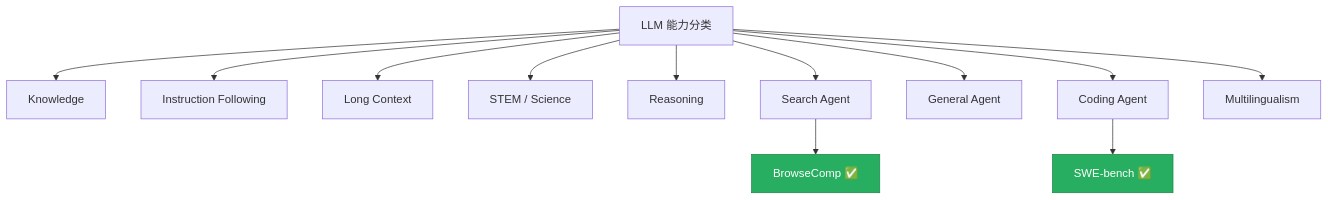
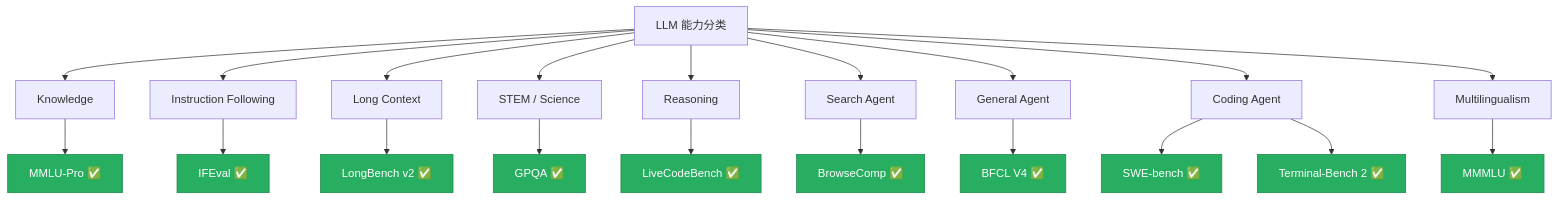
One commit to BobDLA/llm-benchmark-field-guide changed the diagram in docs/zh/index.md. Above: the diagram before and after it, drawn with Mermaid. The commit also changed other lines of this file and 12 other files, not shown here.

````diff
--- a/docs/zh/index.md
+++ b/docs/zh/index.md
@@ -50,18 +72,34 @@
 ```mermaid
 flowchart TD
     ROOT["LLM 能力分类"] --> K["Knowledge"]
     ROOT --> IF["Instruction Following"]
     ROOT --> LC["Long Context"]
     ROOT --> STEM["STEM / Science"]
     ROOT --> R["Reasoning"]
     ROOT --> SA["Search Agent"]
     ROOT --> GA["General Agent"]
     ROOT --> CA["Coding Agent"]
     ROOT --> ML["Multilingualism"]
 
+    K --> K1["MMLU-Pro ✅"]
+    IF --> IF1["IFEval ✅"]
+    LC --> LC1["LongBench v2 ✅"]
+    STEM --> STEM1["GPQA ✅"]
+    R --> R1["LiveCodeBench ✅"]
     SA --> SA1["BrowseComp ✅"]
+    GA --> GA1["BFCL V4 ✅"]
     CA --> CA1["SWE-bench ✅"]
+    CA --> CA2["Terminal-Bench 2 ✅"]
+    ML --> ML1["MMMLU ✅"]
 
+    style K1 fill:#27ae60,stroke:#1e8449,color:#fff
+    style IF1 fill:#27ae60,stroke:#1e8449,color:#fff
+    style LC1 fill:#27ae60,stroke:#1e8449,color:#fff
+    style STEM1 fill:#27ae60,stroke:#1e8449,color:#fff
+    style R1 fill:#27ae60,stroke:#1e8449,color:#fff
     style SA1 fill:#27ae60,stroke:#1e8449,color:#fff
+    style GA1 fill:#27ae60,stroke:#1e8449,color:#fff
     style CA1 fill:#27ae60,stroke:#1e8449,color:#fff
+    style CA2 fill:#27ae60,stroke:#1e8449,color:#fff
+    style ML1 fill:#27ae60,stroke:#1e8449,color:#fff
 ```
````
